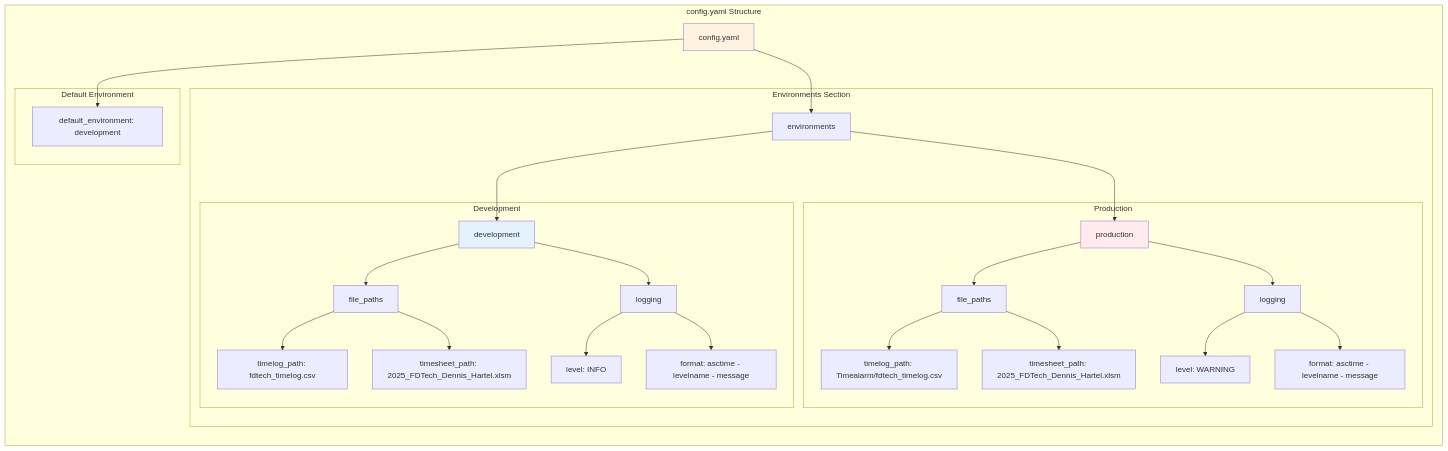
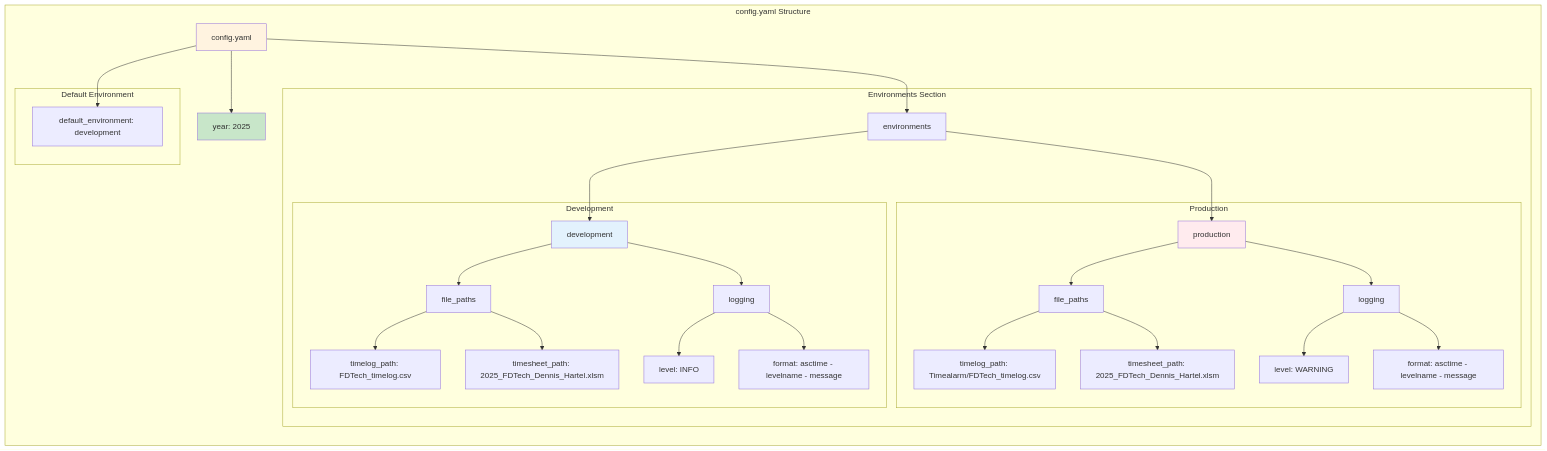
Before and after one commit to DedeHa/TimeSheet: the fourth of 7 diagrams in doc/ARCHITECTURE.md, drawn with Mermaid. The commit also changed other lines of this file and 1 other file, not shown here.

First line of the commit message:
docs(architecture): update documentation for year configuration changes

````diff
--- a/doc/ARCHITECTURE.md
+++ b/doc/ARCHITECTURE.md
@@ -130,58 +136,61 @@
 ```mermaid
 graph LR
     subgraph "config.yaml Structure"
         ROOT[config.yaml]
-        
+        YEAR_ROOT["year: 2025"]
+
         subgraph "Environments Section"
             ENVS[environments]
-            
+
             subgraph "Development"
                 DEV_ENV[development]
                 DEV_PATHS[file_paths]
                 DEV_LOG[logging]
-                DEV_TL["timelog_path: fdtech_timelog.csv"]
+                DEV_TL["timelog_path: FDTech_timelog.csv"]
                 DEV_TS["timesheet_path: 2025_FDTech_Dennis_Hartel.xlsm"]
                 DEV_LVL["level: INFO"]
                 DEV_FMT["format: asctime - levelname - message"]
             end
-            
+
             subgraph "Production"
                 PROD_ENV[production]
                 PROD_PATHS[file_paths]
                 PROD_LOG[logging]
-                PROD_TL["timelog_path: Timealarm/fdtech_timelog.csv"]
+                PROD_TL["timelog_path: Timealarm/FDTech_timelog.csv"]
                 PROD_TS["timesheet_path: 2025_FDTech_Dennis_Hartel.xlsm"]
                 PROD_LVL["level: WARNING"]
                 PROD_FMT["format: asctime - levelname - message"]
             end
         end
-        
+
         subgraph "Default Environment"
-            DEFAULT[default_environment: development]
+            DEFAULT["default_environment: development"]
         end
     end
-    
+
+    ROOT --> YEAR_ROOT
     ROOT --> ENVS
     ROOT --> DEFAULT
-    
+
     ENVS --> DEV_ENV
     ENVS --> PROD_ENV
-    
+
     DEV_ENV --> DEV_PATHS
     DEV_ENV --> DEV_LOG
     DEV_PATHS --> DEV_TL
     DEV_PATHS --> DEV_TS
     DEV_LOG --> DEV_LVL
     DEV_LOG --> DEV_FMT
-    
+
     PROD_ENV --> PROD_PATHS
     PROD_ENV --> PROD_LOG
     PROD_PATHS --> PROD_TL
     PROD_PATHS --> PROD_TS
     PROD_LOG --> PROD_LVL
     PROD_LOG --> PROD_FMT
-    
+
     style ROOT fill:#fff3e0
+    style YEAR_ROOT fill:#c8e6c9
     style DEV_ENV fill:#e3f2fd
     style PROD_ENV fill:#ffebee
 ```
````
